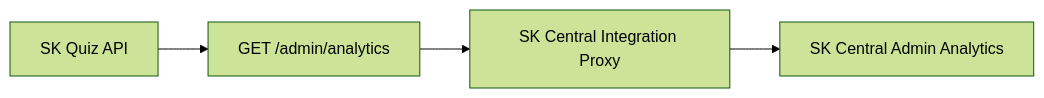
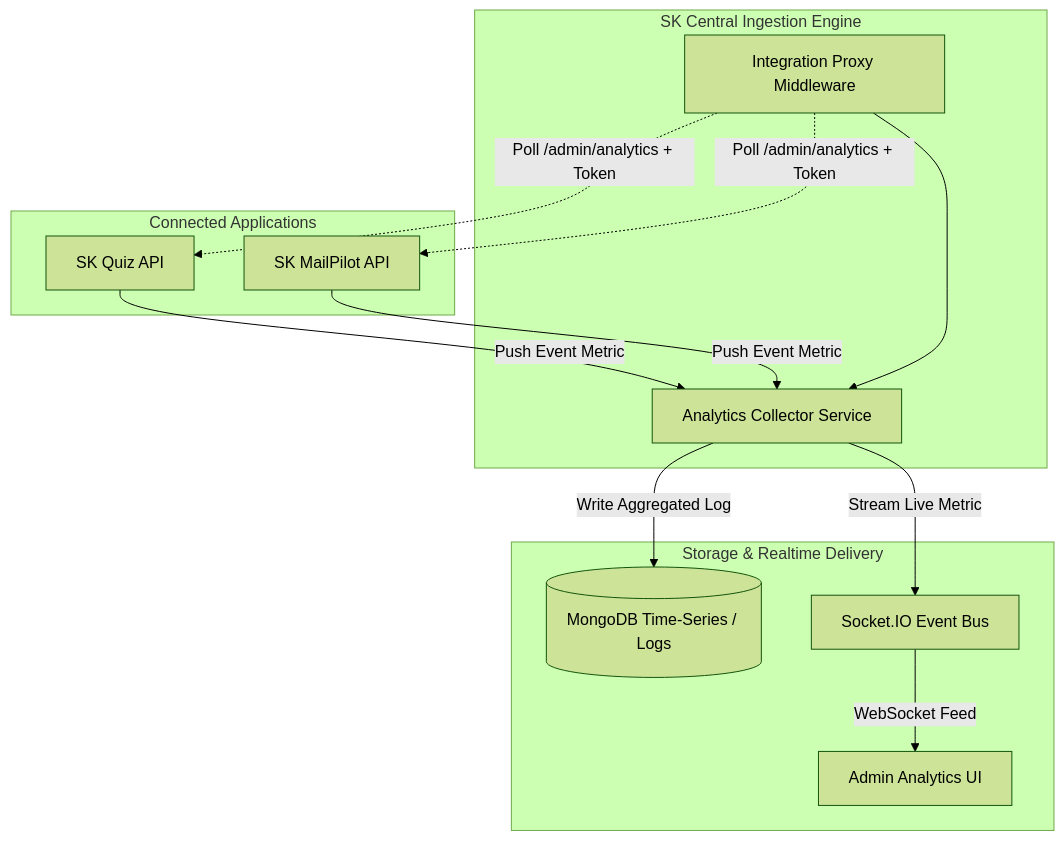
Before and after one commit to samakshrastogi/SK-Central: the fifth of 12 diagrams in README.md, drawn with Mermaid (forest theme). The commit also changed other lines of this file, not shown here.

Commit message:
docs: update README with architectural specifications, diagrams, and ADRs

````diff
--- a/README.md
+++ b/README.md
@@ -142,6 +261,28 @@
 ```mermaid
-flowchart LR
-  SKQuiz["SK Quiz API"] --> AdminAnalytics["GET /admin/analytics"]
-  AdminAnalytics --> Proxy["SK Central Integration Proxy"]
-  Proxy --> AdminUI["SK Central Admin Analytics"]
+flowchart TD
+    subgraph ConnectedApps ["Connected Applications"]
+        QuizAPI["SK Quiz API"]
+        MailAPI["SK MailPilot API"]
+    end
+
+    subgraph CentralIngestion ["SK Central Ingestion Engine"]
+        Proxy["Integration Proxy Middleware"]
+        Aggregator["Analytics Collector Service"]
+    end
+
+    subgraph Storage & Delivery ["Storage & Realtime Delivery"]
+        Mongo[("MongoDB Time-Series / Logs")]
+        Socket["Socket.IO Event Bus"]
+        Dashboard["Admin Analytics UI"]
+    end
+
+    QuizAPI -->|Push Event Metric| Aggregator
+    MailAPI -->|Push Event Metric| Aggregator
+    Proxy -.->|Poll /admin/analytics + Token| QuizAPI
+    Proxy -.->|Poll /admin/analytics + Token| MailAPI
+    
+    Proxy --> Aggregator
+    Aggregator -->|Write Aggregated Log| Mongo
+    Aggregator -->|Stream Live Metric| Socket
+    Socket -->|WebSocket Feed| Dashboard
 ```
````
